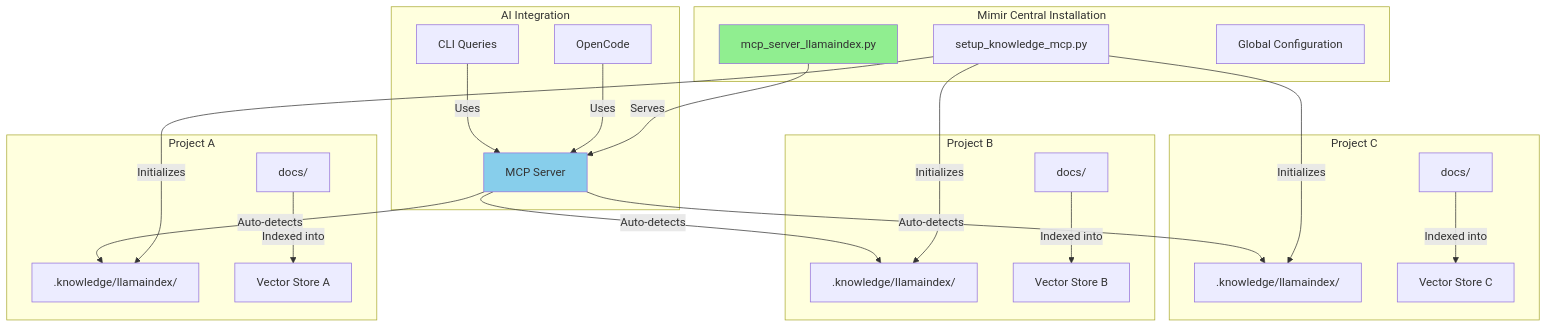
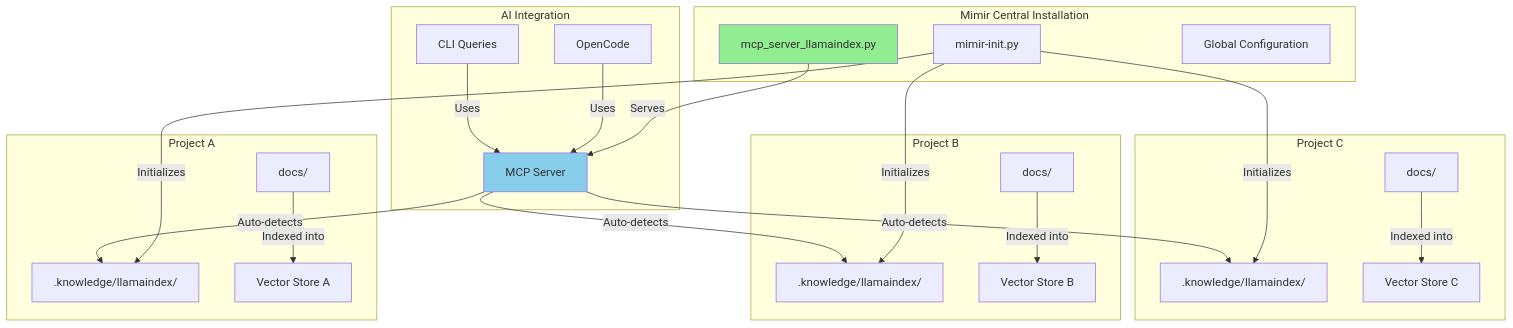
The second of 15 diagrams in BLOG_POST.md (ewheels44/Mimir), drawn with Mermaid before and after one commit. The commit also changed other lines of this file and 18 other files, not shown here.

````diff
--- a/BLOG_POST.md
+++ b/BLOG_POST.md
@@ -61,51 +61,51 @@
 ```mermaid
 flowchart TB
     subgraph "Mimir Central Installation"
         MS[mcp_server_llamaindex.py]
-        SI[setup_knowledge_mcp.py]
+        SI[mimir-init.py]
         CONF[Global Configuration]
     end
     
     subgraph "Project A"
         PA1[docs/]
         PA2[.knowledge/llamaindex/]
         PA3[Vector Store A]
     end
     
     subgraph "Project B"
         PB1[docs/]
         PB2[.knowledge/llamaindex/]
         PB3[Vector Store B]
     end
     
     subgraph "Project C"
         PC1[docs/]
         PC2[.knowledge/llamaindex/]
         PC3[Vector Store C]
     end
     
     subgraph "AI Integration"
         MCP[MCP Server]
         OC[OpenCode]
         CLI[CLI Queries]
     end
     
     MS -->|Serves| MCP
     SI -->|Initializes| PA2
     SI -->|Initializes| PB2
     SI -->|Initializes| PC2
     
     PA1 -->|Indexed into| PA3
     PB1 -->|Indexed into| PB3
     PC1 -->|Indexed into| PC3
     
     MCP -->|Auto-detects| PA2
     MCP -->|Auto-detects| PB2
     MCP -->|Auto-detects| PC2
     
     OC -->|Uses| MCP
     CLI -->|Uses| MCP
     
     style MS fill:#90EE90
     style MCP fill:#87CEEB
 ```
````
